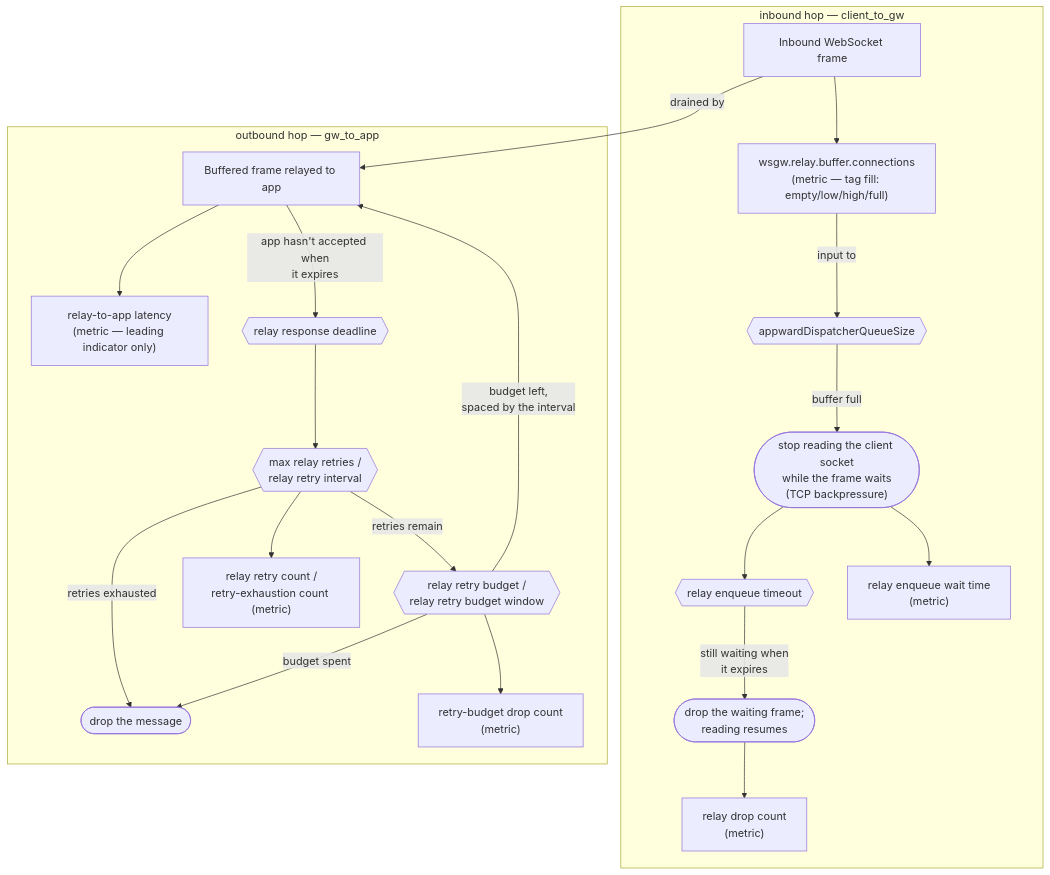
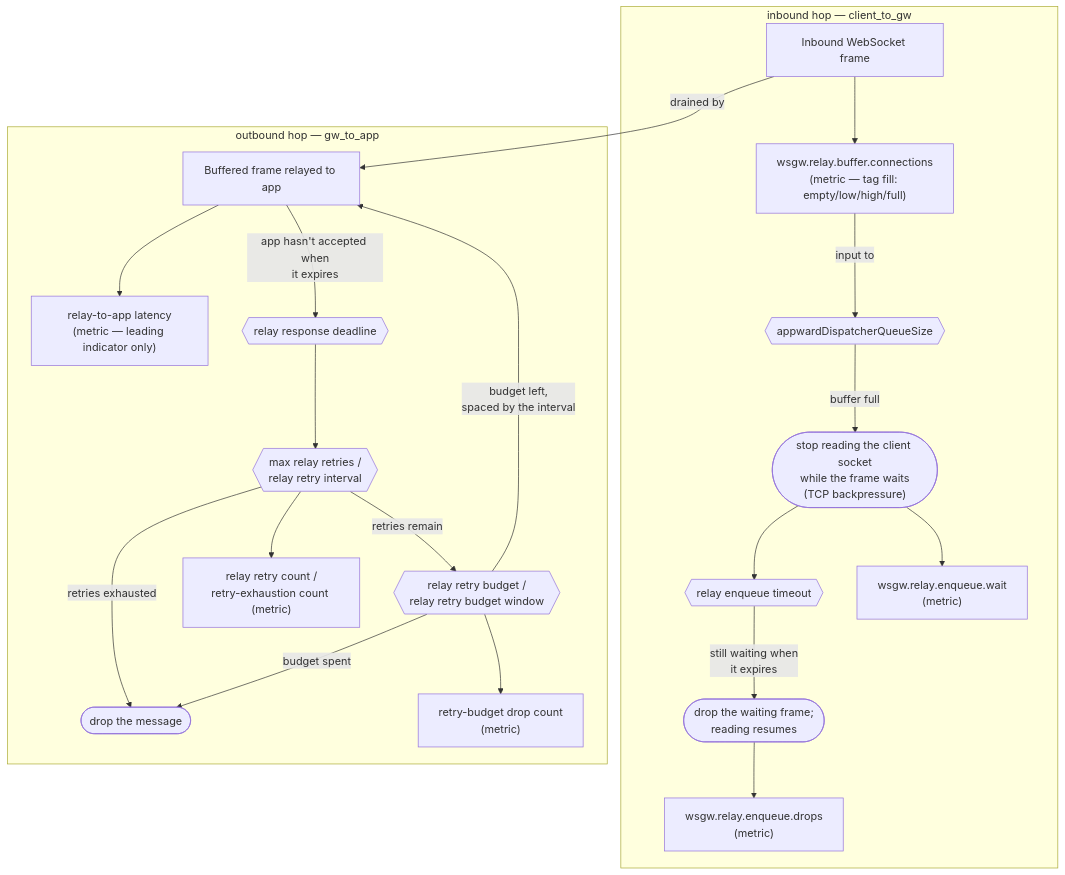
One commit to pdkovacs/wsgw-jakarta changed the fourth of 4 diagrams in docs/backpressure.md. Above: the diagram before and after it, drawn with Mermaid. The commit also changed other lines of this file and 7 other files, not shown here.

Commit message:
Congestion control: RELAY inbound hop / enqueue drop count / enqueue timeout

````diff
--- a/docs/backpressure.md
+++ b/docs/backpressure.md
@@ -691,30 +691,30 @@
 ```mermaid
 flowchart TD
     subgraph inbound["inbound hop — client_to_gw"]
         E1["Inbound WebSocket frame"]
         ActDrop(["drop the waiting frame;\nreading resumes"])
         E1 --> MetricFill["wsgw.relay.buffer.connections\n(metric — tag fill: empty/low/high/full)"]
         MetricFill -->|"input to"| KnobQueueSize{{"appwardDispatcherQueueSize"}}
         KnobQueueSize -->|"buffer full"| ActStopRead(["stop reading the client socket\nwhile the frame waits\n(TCP backpressure)"])
         ActStopRead --> KnobEnqueueTimeout{{"relay enqueue timeout"}}
         KnobEnqueueTimeout -->|"still waiting when\nit expires"| ActDrop
-        ActStopRead --> MetricWait["relay enqueue wait time\n(metric)"]
-        ActDrop --> MetricDrops["relay drop count\n(metric)"]
+        ActStopRead --> MetricWait["wsgw.relay.enqueue.wait\n(metric)"]
+        ActDrop --> MetricDrops["wsgw.relay.enqueue.drops\n(metric)"]
     end
 
     subgraph outbound["outbound hop — gw_to_app"]
         E0["Buffered frame relayed to app"]
         ActDropMessage(["drop the message"])
         E0 --> MetricLatency["relay-to-app latency\n(metric — leading indicator only)"]
         E0 -->|"app hasn't accepted when\nit expires"| KnobDeadline{{"relay response deadline"}}
         KnobDeadline --> KnobRetries{{"max relay retries /\nrelay retry interval"}}
         KnobRetries -->|"retries remain"| KnobBudget{{"relay retry budget /\nrelay retry budget window"}}
         KnobBudget -->|"budget left,\nspaced by the interval"| E0
         KnobRetries -->|"retries exhausted"| ActDropMessage
         KnobBudget -->|"budget spent"| ActDropMessage
         KnobRetries --> MetricRetries["relay retry count /\nretry-exhaustion count (metric)"]
         KnobBudget --> MetricBudgetDrops["retry-budget drop count\n(metric)"]
     end
 
     E1 -->|"drained by"| E0
 ```
````
